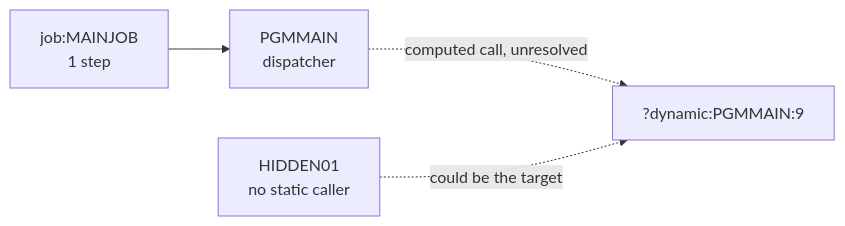
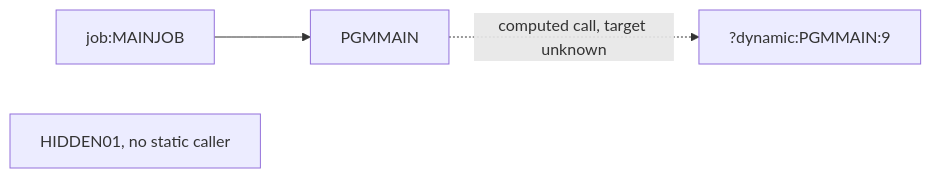
One commit to Sparq-Holding-Inc/claude-legacy-modernization changed the diagram in evals/runs/13-dynamic-only-reachable/modernization-assessment/02-coupling.md. Above: the diagram before and after it, drawn with Mermaid. The commit also changed other lines of this file and 252 other files, not shown here.

````diff
--- a/evals/runs/13-dynamic-only-reachable/modernization-assessment/02-coupling.md
+++ b/evals/runs/13-dynamic-only-reachable/modernization-assessment/02-coupling.md
@@ -69,6 +41,6 @@
 ```mermaid
 graph LR
-    J["job:MAINJOB<br/>1 step"] --> P["PGMMAIN<br/>dispatcher"]
-    P -. "computed call, unresolved" .-> D["?dynamic:PGMMAIN:9"]
-    H["HIDDEN01<br/>no static caller"] -. "could be the target" .-> D
+  J[job:MAINJOB] --> P[PGMMAIN]
+  P -.->|computed call, target unknown| U[?dynamic:PGMMAIN:9]
+  H[HIDDEN01, no static caller]
 ```
````
